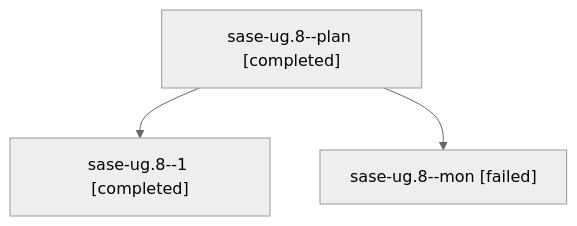
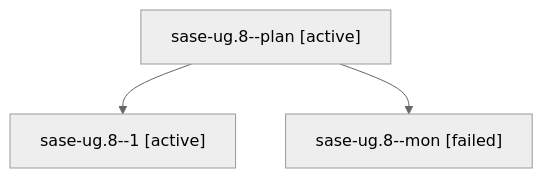
One commit to sase-org/sase--agents changed the diagram in families/bbugyi200.athena.sase-ug.8.md. Above: the diagram before and after it, drawn with Mermaid (neutral theme). The commit also changed other lines of this file and 35830 other files, not shown here.

````diff
--- a/families/bbugyi200.athena.sase-ug.8.md
+++ b/families/bbugyi200.athena.sase-ug.8.md
@@ -9,8 +9,8 @@
 ```mermaid
 flowchart TD
-  n0["sase-ug.8--plan [completed]"]
-  n1["sase-ug.8--1 [completed]"]
+  n0["sase-ug.8--plan [active]"]
+  n1["sase-ug.8--1 [active]"]
   n0 --> n1
   n2["sase-ug.8--mon [failed]"]
   n0 --> n2
 ```
````
